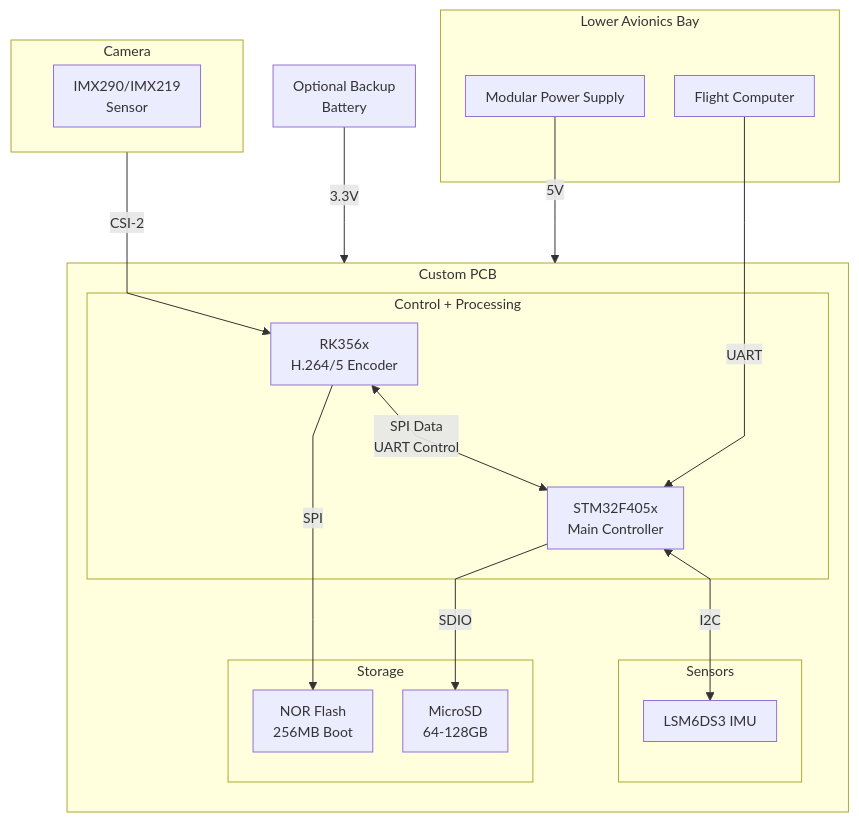
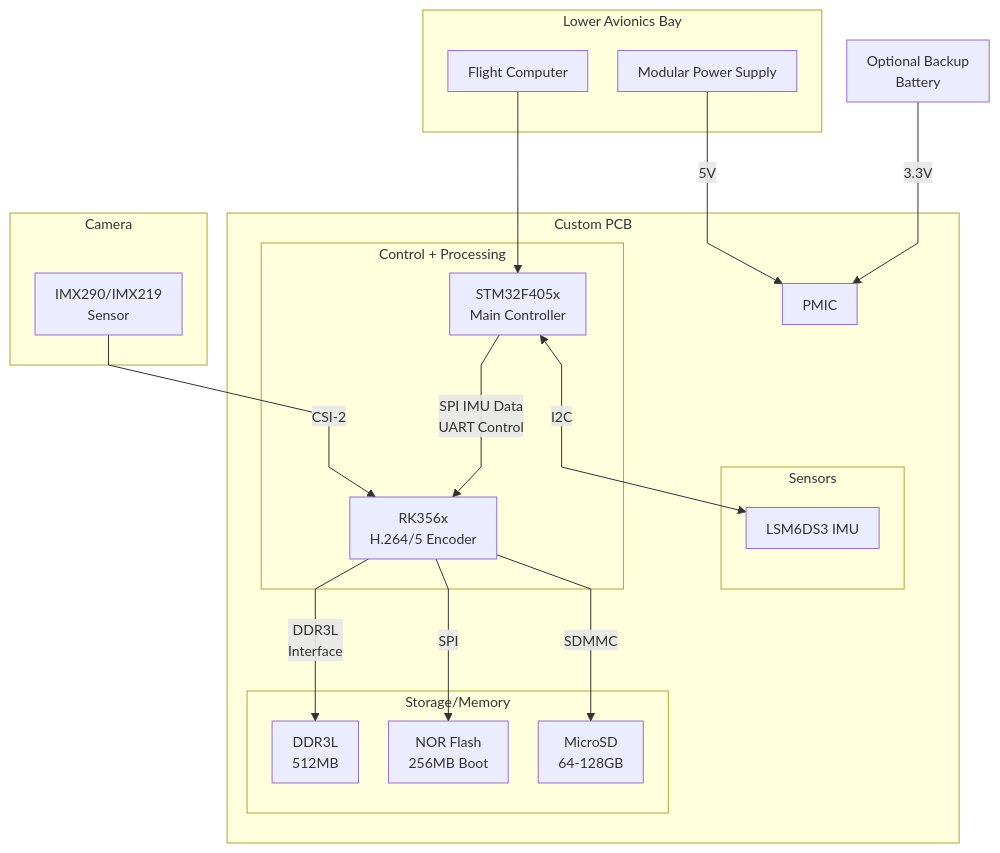
The diagram in diagrams/block-diagram.mmd (eric-handley/a3-srad-camera-kicad), drawn with Mermaid before and after one commit. The commit also changed 7 other files, not shown here.

```diff
--- a/diagrams/block-diagram.mmd
+++ b/diagrams/block-diagram.mmd
@@ -1,51 +1,55 @@
 %%{init: {
     'themeVariables': {
         'fontSize': '14px'
     },
     'flowchart': {
       'padding': 10,
       'nodeSpacing': 30,
       'rankSpacing': 60,
       'curve': 'linear'
     }
 }}%%
 
 graph
     subgraph CAM["Camera"]
         SENSOR["IMX290/IMX219<br/>Sensor"]
     end
 
     subgraph LAB["Lower Avionics Bay"]
         MPS["Modular Power Supply"]
         FC["Flight Computer"]
     end
     
     BAT["Optional Backup<br/>Battery"]
     
     subgraph PCB["Custom PCB"]
         subgraph Sensors
             IMU["LSM6DS3 IMU"]
         end
 
-        subgraph STOR["Storage"]
+        subgraph STOR["Storage/Memory"]
+            RAM["DDR3L<br/>512MB"]
             NAND["NOR Flash<br/>256MB Boot"]
             SD["MicroSD<br/>64-128GB"]
         end
 
         subgraph CONTROL["Control + Processing"]
             RC["RK356x<br/>H.264/5 Encoder"]
             STM["STM32F405x<br/>Main Controller"]
         end 
+
+        PMIC
     end
     
-    MPS -->|5V| PCB
-    BAT -->|3.3V| PCB
-    FC -->|UART| STM
+    MPS -->|5V| PMIC
+    FC --> STM
+    SENSOR -->|CSI-2| RC
     
     
+    RC -->|DDR3L</br>Interface|RAM
     RC -->|SPI| NAND
-    RC <-->|SPI Data </br> UART Control| STM
+    STM -->|SPI IMU Data </br> UART Control| RC
     
-    STM -->|SDIO| SD
+    RC -->|SDMMC| SD
     STM <-->|I2C| IMU
-    CAM -->|CSI-2| RC
+    BAT -->|3.3V| PMIC
```
